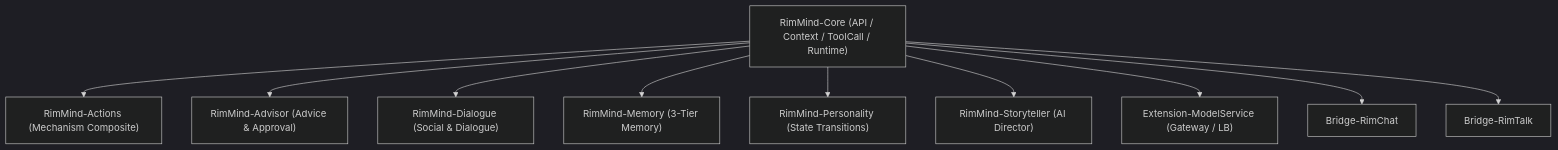
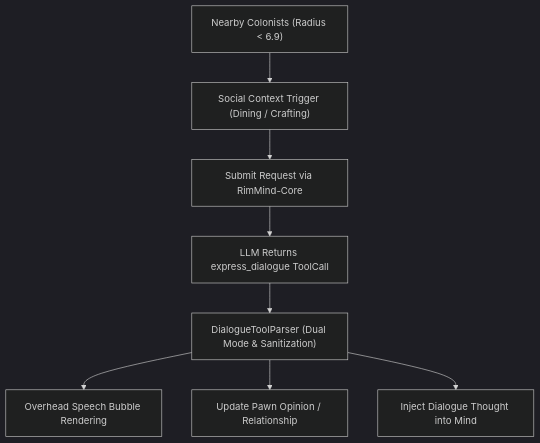
One commit to RimWorld-RimMind-Mod/RimWorld-RimMind-Mod-Dialogue changed the diagram in README.md. Above: the diagram before and after it, drawn with Mermaid (dark theme). The commit also changed other lines of this file and 2 other files, not shown here.

````diff
--- a/README.md
+++ b/README.md
@@ -24,13 +42,10 @@
 ```mermaid
-graph TD
-    Core["RimMind-Core (API / Context / ToolCall / Runtime)"]
-    Core --> Actions["RimMind-Actions (Mechanism Composite)"]
-    Core --> Advisor["RimMind-Advisor (Advice & Approval)"]
-    Core --> Dialogue["RimMind-Dialogue (Social & Dialogue)"]
-    Core --> Memory["RimMind-Memory (3-Tier Memory)"]
-    Core --> Personality["RimMind-Personality (State Transitions)"]
-    Core --> Storyteller["RimMind-Storyteller (AI Director)"]
-    Core --> ModelService["Extension-ModelService (Gateway / LB)"]
-    Core --> BridgeRimChat["Bridge-RimChat"]
-    Core --> BridgeRimTalk["Bridge-RimTalk"]
+flowchart TD
+    NearbyPawns["Nearby Colonists (Radius < 6.9)"] --> Trigger["Social Context Trigger (Dining / Crafting)"]
+    Trigger --> CoreReq["Submit Request via RimMind-Core"]
+    CoreReq --> ToolCall["LLM Returns express_dialogue ToolCall"]
+    ToolCall --> Parser["DialogueToolParser (Dual Mode & Sanitization)"]
+    Parser --> Bubble["Overhead Speech Bubble Rendering"]
+    Parser --> Social["Update Pawn Opinion / Relationship"]
+    Parser --> Thought["Inject Dialogue Thought into Mind"]
 ```
````
